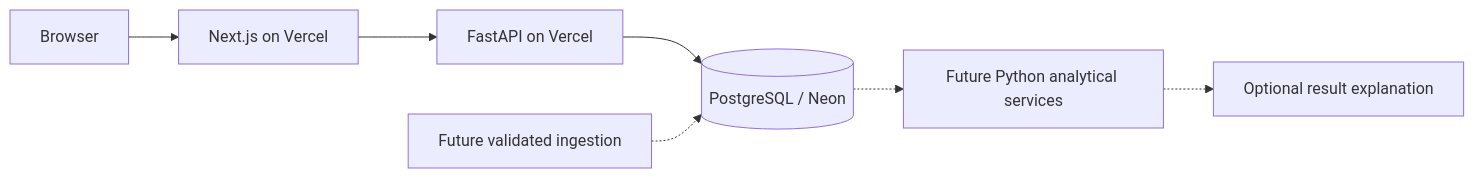
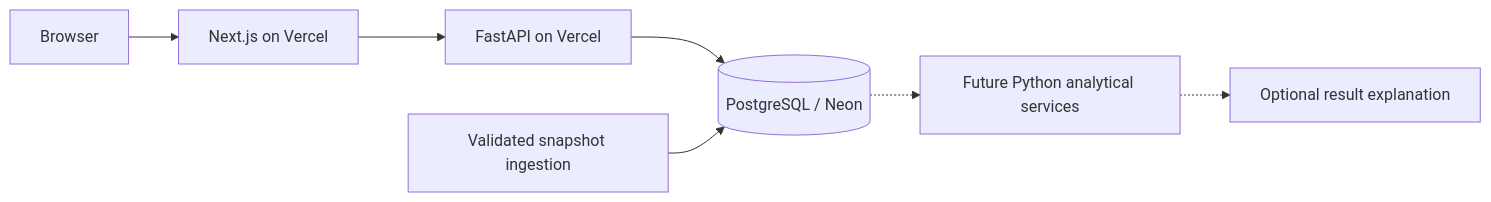
The diagram in ARCHITECTURE.md (292akhil2929-cmyk/pharmagenome), drawn with Mermaid before and after one commit. The commit also changed other lines of this file and 7 other files, not shown here.

````diff
--- a/ARCHITECTURE.md
+++ b/ARCHITECTURE.md
@@ -6,9 +6,9 @@
 ```mermaid
 flowchart LR
   Browser --> Next[Next.js on Vercel]
   Next --> API[FastAPI on Vercel]
   API --> PG[(PostgreSQL / Neon)]
-  Import[Future validated ingestion] -.-> PG
+  Import[Validated snapshot ingestion] --> PG
   PG -.-> Compute[Future Python analytical services]
   Compute -.-> Explain[Optional result explanation]
 ```
````
